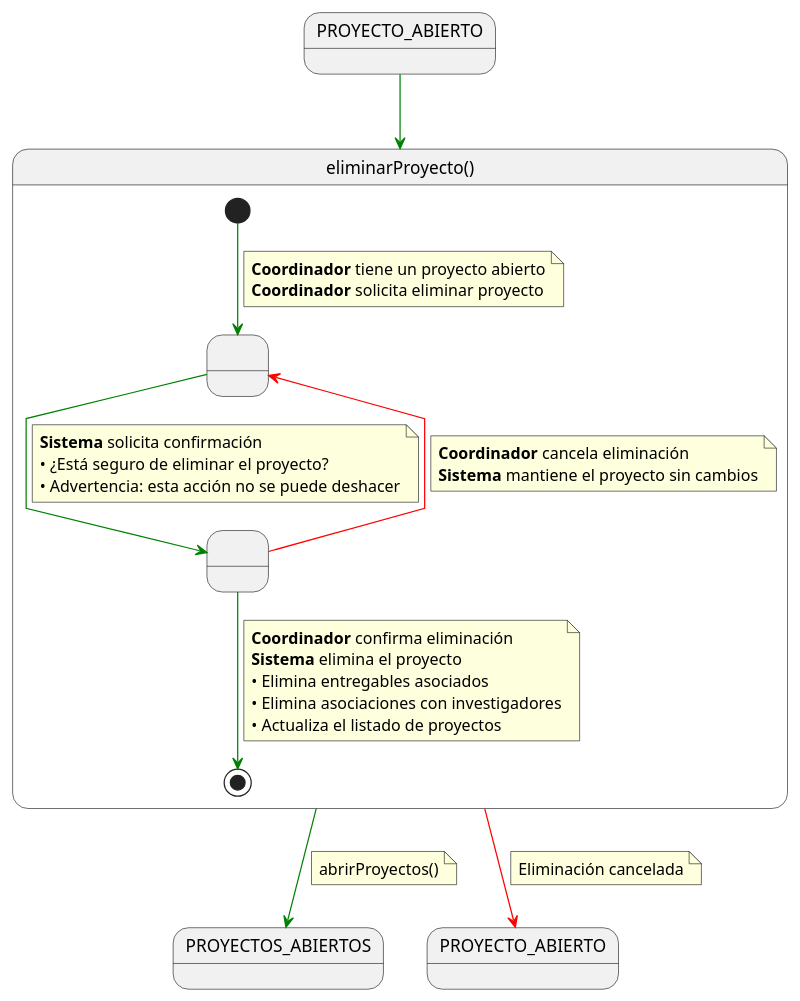
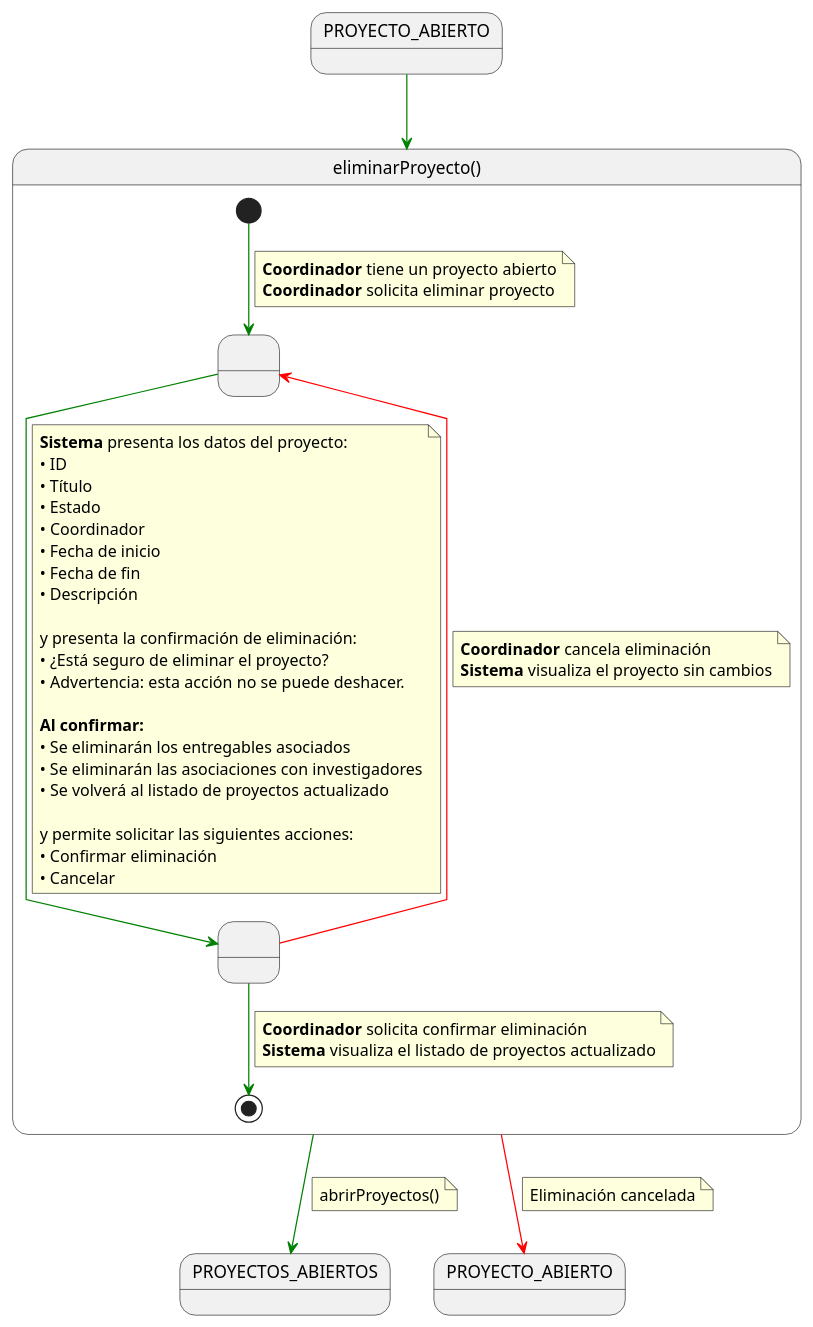
One commit to 31Diego/25-26-IdSw1-SdR changed the diagram in documents/casosDeUso/detalle/coordinador/02-gestion-proyectos/eliminarProyecto/eliminarProyecto.puml. Above: the diagram before and after it, drawn with PlantUML. The commit also changed 9 other files, not shown here.

```diff
--- a/documents/casosDeUso/detalle/coordinador/02-gestion-proyectos/eliminarProyecto/eliminarProyecto.puml
+++ b/documents/casosDeUso/detalle/coordinador/02-gestion-proyectos/eliminarProyecto/eliminarProyecto.puml
@@ -1,52 +1,67 @@
 @startuml eliminarProyecto
 skinparam linetype polyline
 
 state in1 as "PROYECTO_ABIERTO"
 in1 -[#green]-> eliminarProyecto
 
 
 state eliminarProyecto as "eliminarProyecto()" {
 
     state " " as MostrandoProyecto
     state " " as ConfirmandoEliminacion
 
     [*] -[#green]-> MostrandoProyecto
     note on link
     <b>Coordinador</b> tiene un proyecto abierto
     <b>Coordinador</b> solicita eliminar proyecto
     end note
 
     MostrandoProyecto -[#green]-> ConfirmandoEliminacion
     note on link
-    <b>Sistema</b> solicita confirmación
+    <b>Sistema</b> presenta los datos del proyecto:
+    • ID
+    • Título
+    • Estado
+    • Coordinador
+    • Fecha de inicio
+    • Fecha de fin
+    • Descripción
+
+    y presenta la confirmación de eliminación:
     • ¿Está seguro de eliminar el proyecto?
-    • Advertencia: esta acción no se puede deshacer
+    • Advertencia: esta acción no se puede deshacer.
+
+    <b>Al confirmar:</b>
+    • Se eliminarán los entregables asociados
+    • Se eliminarán las asociaciones con investigadores
+    • Se volverá al listado de proyectos actualizado
+
+    y permite solicitar las siguientes acciones:
+    • Confirmar eliminación
+    • Cancelar
     end note
 
     ConfirmandoEliminacion -[#green]-> [*]
     note on link
-    <b>Coordinador</b> confirma eliminación
-    <b>Sistema</b> elimina el proyecto
-    • Elimina entregables asociados
-    • Elimina asociaciones con investigadores
-    • Actualiza el listado de proyectos
+    <b>Coordinador</b> solicita confirmar eliminación
+    <b>Sistema</b> visualiza el listado de proyectos actualizado
     end note
 
     ConfirmandoEliminacion -[#red]-> MostrandoProyecto
     note on link
     <b>Coordinador</b> cancela eliminación
-    <b>Sistema</b> mantiene el proyecto sin cambios
+    <b>Sistema</b> visualiza el proyecto sin cambios
     end note
 }
 
 eliminarProyecto -[#green]-> PROYECTOS_ABIERTOS
 note on link
 abrirProyectos()
 end note
 
 eliminarProyecto -[#red]-> PROYECTO_ABIERTO
 note on link
 Eliminación cancelada
 end note
 
 @enduml
```
